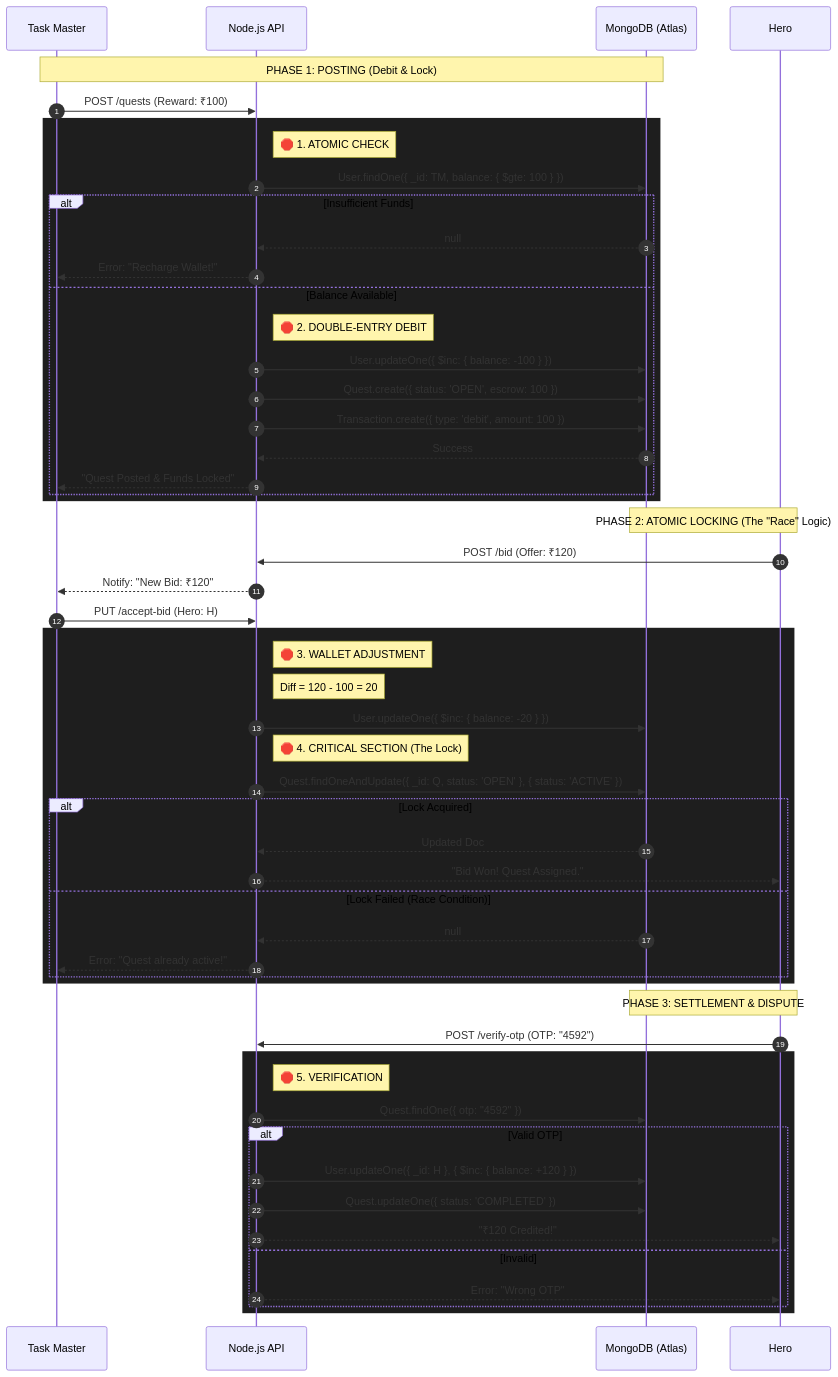
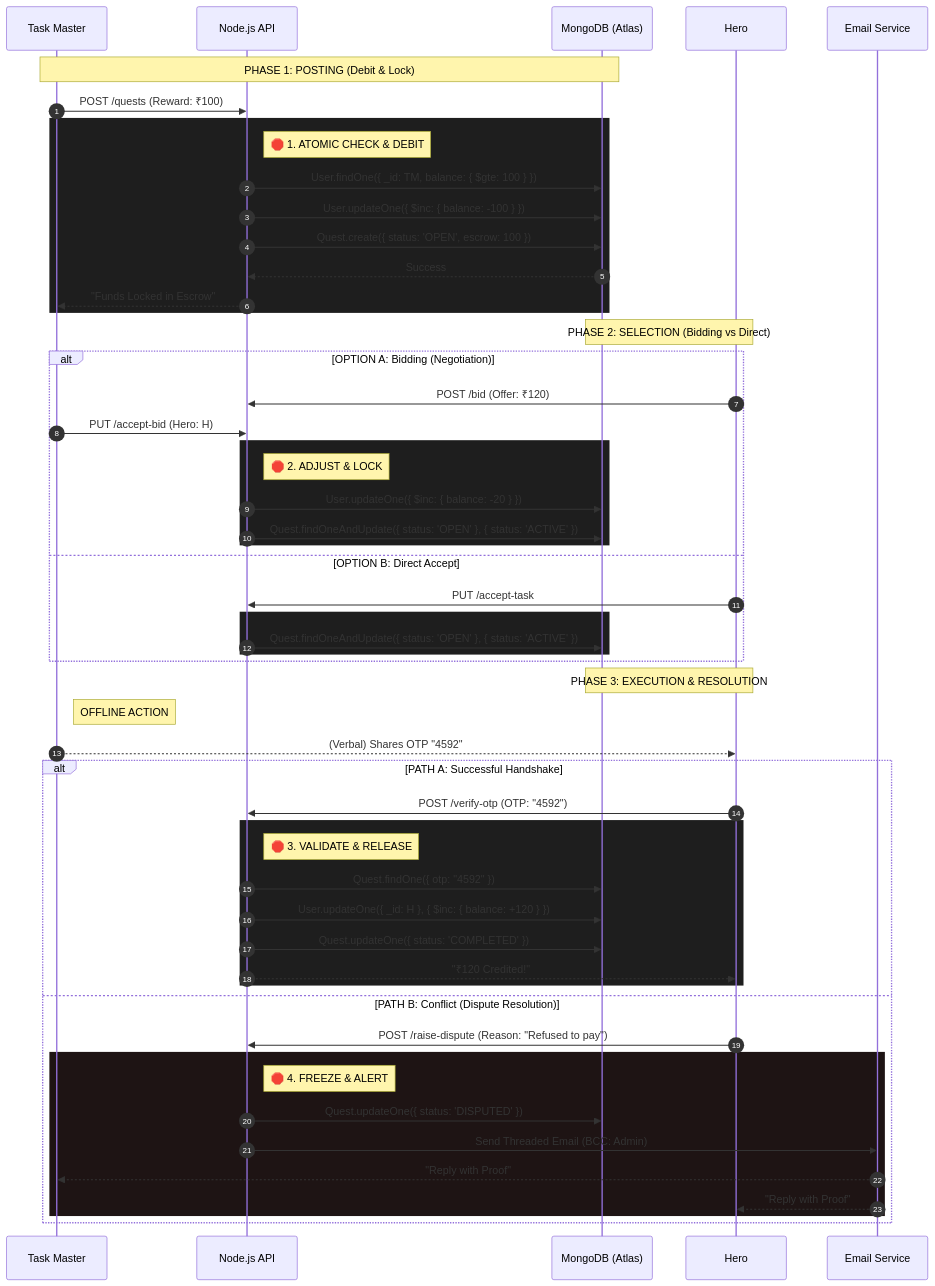
The sixth of 6 diagrams in Technical_Architechture.md (arupdhara/arup-demo), drawn with Mermaid before and after one commit.

````diff
--- a/Technical_Architechture.md
+++ b/Technical_Architechture.md
@@ -242,72 +242,68 @@
 ```mermaid
 sequenceDiagram
     autonumber
     participant TM as Task Master
     participant API as Node.js API
     participant DB as MongoDB (Atlas)
     participant H as Hero
-
+    participant MAIL as Email Service
 
     Note over TM, DB: PHASE 1: POSTING (Debit & Lock)
     
     TM->>API: POST /quests (Reward: ₹100)
     
     rect rgb(30, 30, 30)
-        Note right of API: 🛑 1. ATOMIC CHECK
+        Note right of API: 🛑 1. ATOMIC CHECK & DEBIT
         API->>DB: User.findOne({ _id: TM, balance: { $gte: 100 } })
+        API->>DB: User.updateOne({ $inc: { balance: -100 } })
+        API->>DB: Quest.create({ status: 'OPEN', escrow: 100 })
         
-        alt Insufficient Funds
-            DB-->>API: null
-            API-->>TM: Error: "Recharge Wallet!"
-        else Balance Available
-            Note right of API: 🛑 2. DOUBLE-ENTRY DEBIT
-            API->>DB: User.updateOne({ $inc: { balance: -100 } })
-            API->>DB: Quest.create({ status: 'OPEN', escrow: 100 })
-            API->>DB: Transaction.create({ type: 'debit', amount: 100 })
-            
-            DB-->>API: Success
-            API-->>TM: "Quest Posted & Funds Locked"
+        DB-->>API: Success
+        API-->>TM: "Funds Locked in Escrow"
+    end
+
+    Note over H, DB: PHASE 2: SELECTION (Bidding vs Direct)
+
+    alt OPTION A: Bidding (Negotiation)
+        H->>API: POST /bid (Offer: ₹120)
+        TM->>API: PUT /accept-bid (Hero: H)
+        rect rgb(30, 30, 30)
+            Note right of API: 🛑 2. ADJUST & LOCK
+            API->>DB: User.updateOne({ $inc: { balance: -20 } })
+            API->>DB: Quest.findOneAndUpdate({ status: 'OPEN' }, { status: 'ACTIVE' })
+        end
+    else OPTION B: Direct Accept
+        H->>API: PUT /accept-task
+        rect rgb(30, 30, 30)
+            API->>DB: Quest.findOneAndUpdate({ status: 'OPEN' }, { status: 'ACTIVE' })
         end
     end
 
-    Note over H, DB: PHASE 2: ATOMIC LOCKING (The "Race" Logic)
+    Note over H, DB: PHASE 3: EXECUTION & RESOLUTION
 
-    H->>API: POST /bid (Offer: ₹120)
-    API-->>TM: Notify: "New Bid: ₹120"
+    Note right of TM: OFFLINE ACTION
+    TM-->>H: (Verbal) Shares OTP "4592"
     
-    TM->>API: PUT /accept-bid (Hero: H)
-    
-    rect rgb(30, 30, 30)
-        Note right of API: 🛑 3. WALLET ADJUSTMENT
-        Note right of API: Diff = 120 - 100 = 20
-        API->>DB: User.updateOne({ $inc: { balance: -20 } })
+    alt PATH A: Successful Handshake
+        H->>API: POST /verify-otp (OTP: "4592")
         
-        Note right of API: 🛑 4. CRITICAL SECTION (The Lock)
-        API->>DB: Quest.findOneAndUpdate({ _id: Q, status: 'OPEN' }, { status: 'ACTIVE' })
-        
-        alt Lock Acquired
-            DB-->>API: Updated Doc
-            API-->>H: "Bid Won! Quest Assigned."
-        else Lock Failed (Race Condition)
-            DB-->>API: null
-            API-->>TM: Error: "Quest already active!"
-        end
-    end
-
-    Note over H, DB: PHASE 3: SETTLEMENT & DISPUTE
-    
-    H->>API: POST /verify-otp (OTP: "4592")
-    
-    rect rgb(30, 30, 30)
-        Note right of API: 🛑 5. VERIFICATION
-        API->>DB: Quest.findOne({ otp: "4592" })
-        
-        alt Valid OTP
+        rect rgb(30, 30, 30)
+            Note right of API: 🛑 3. VALIDATE & RELEASE
+            API->>DB: Quest.findOne({ otp: "4592" })
             API->>DB: User.updateOne({ _id: H }, { $inc: { balance: +120 } })
             API->>DB: Quest.updateOne({ status: 'COMPLETED' })
             API-->>H: "₹120 Credited!"
-        else Invalid
-            API-->>H: Error: "Wrong OTP"
+        end
+
+    else PATH B: Conflict (Dispute Resolution)
+        H->>API: POST /raise-dispute (Reason: "Refused to pay")
+        
+        rect rgb(30, 20, 20)
+            Note right of API: 🛑 4. FREEZE & ALERT
+            API->>DB: Quest.updateOne({ status: 'DISPUTED' })
+            API->>MAIL: Send Threaded Email (BCC: Admin)
+            MAIL-->>TM: "Reply with Proof"
+            MAIL-->>H: "Reply with Proof"
         end
     end
 ```
````
